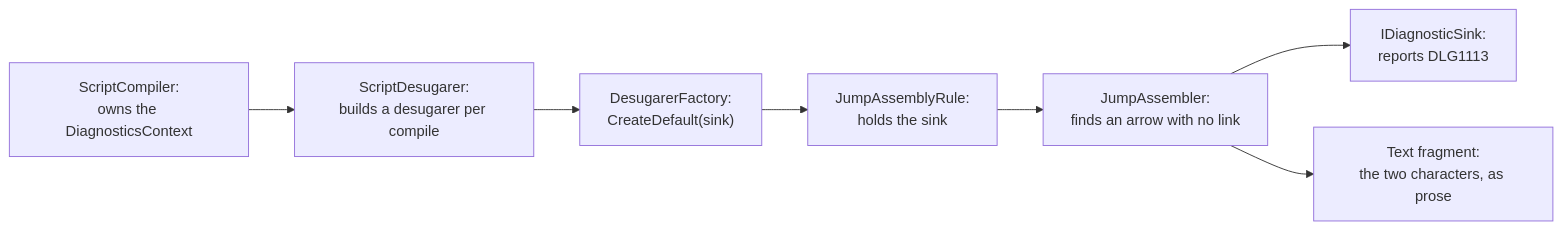
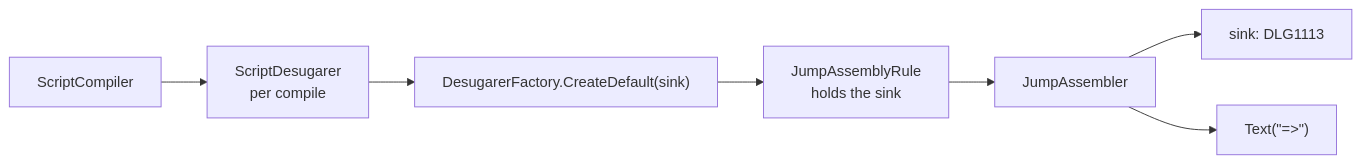
Before and after one commit to pengzhengyi/dialoguedown: the diagram in docs/contributing/design-notes/diagnostics/Dangling Arrow Diagnostic.md, drawn with Mermaid. The commit also changed other lines of this file and 124 other files, not shown here.

````diff
--- a/docs/contributing/design-notes/diagnostics/Dangling Arrow Diagnostic.md
+++ b/docs/contributing/design-notes/diagnostics/Dangling Arrow Diagnostic.md
@@ -121,9 +51,9 @@
 ```mermaid
 flowchart LR
-    C["ScriptCompiler:<br/>owns the DiagnosticsContext"] --> SD["ScriptDesugarer:<br/>builds a desugarer per compile"]
-    SD --> F["DesugarerFactory:<br/>CreateDefault(sink)"]
-    F --> R["JumpAssemblyRule:<br/>holds the sink"]
-    R --> A["JumpAssembler:<br/>finds an arrow with no link"]
-    A --> S["IDiagnosticSink:<br/>reports DLG1113"]
-    A --> T["Text fragment:<br/>the two characters, as prose"]
+    C["ScriptCompiler"] --> SD["ScriptDesugarer<br/>per compile"]
+    SD --> F["DesugarerFactory.CreateDefault(sink)"]
+    F --> R["JumpAssemblyRule<br/>holds the sink"]
+    R --> A["JumpAssembler"]
+    A --> S["sink: DLG1113"]
+    A --> T["Text(&quot;=>&quot;)"]
 ```
````
